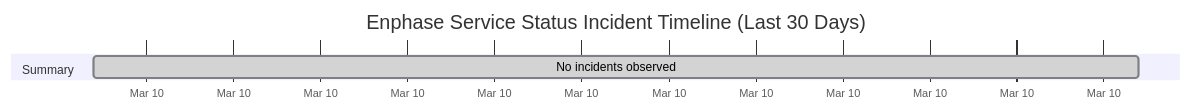
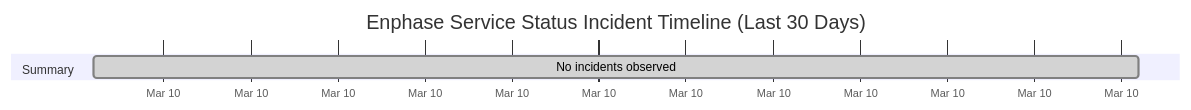
Before and after one commit to barneyonline/ha-enphase-ev-charger: the diagram in wiki/Service-Status-History.md, drawn with Mermaid. The commit also changed other lines of this file and 3 other files, not shown here.

````diff
--- a/wiki/Service-Status-History.md
+++ b/wiki/Service-Status-History.md
@@ -14,8 +14,8 @@
 ```mermaid
 gantt
     title Enphase Service Status Incident Timeline (Last 30 Days)
     dateFormat  YYYY-MM-DDTHH:mm:ss
     axisFormat  %b %d
     section Summary
-    No incidents observed :done, 2026-03-10T04:00:32, 1m
+    No incidents observed :done, 2026-03-10T05:39:16, 1m
 ```
````
